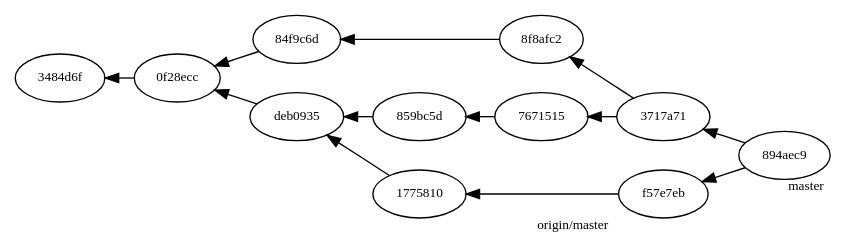
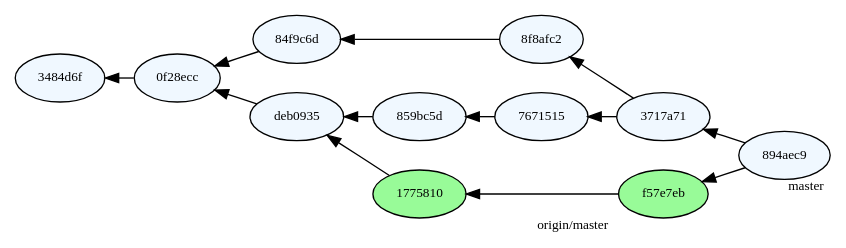
The diagram in lektioner/11-programmering-i-team/fig/remote-merge.dot (jonaskeisu/newton-sysg-op1), drawn with Graphviz before and after one commit. The commit also changed 14 other files, not shown here.

```diff
--- a/lektioner/11-programmering-i-team/fig/remote-merge.dot
+++ b/lektioner/11-programmering-i-team/fig/remote-merge.dot
@@ -1,24 +1,24 @@
 digraph branch 
 {
   rankdir=LR
   ranksep=0.3
   nodesep=0.3
-  node [fontsize=10]
+  node [fontsize=10, style=filled]
   edge [dir = "back"]
-  c2 [label = "3484d6f"]
-  c3 [label = "0f28ecc"]
-  c4 [label = "84f9c6d"]
-  c5 [label = "8f8afc2"]
-  c6 [label = "deb0935"]
-  c7 [label = "859bc5d"]
-  c8 [label = "7671515"]
-  c9 [label = "3717a71"]
-  c10 [label = "1775810"]
-  c11 [label = "f57e7eb", xlabel="origin/master"]
-  c12 [label = "894aec9", xlabel="master"]
+  c2 [label = "3484d6f", fillcolor=aliceblue]
+  c3 [label = "0f28ecc", fillcolor=aliceblue]
+  c4 [label = "84f9c6d", fillcolor=aliceblue]
+  c5 [label = "8f8afc2", fillcolor=aliceblue]
+  c6 [label = "deb0935", fillcolor=aliceblue]
+  c7 [label = "859bc5d", fillcolor=aliceblue]
+  c8 [label = "7671515", fillcolor=aliceblue]
+  c9 [label = "3717a71", fillcolor=aliceblue]
+  c10 [label = "1775810", fillcolor=palegreen]
+  c11 [label = "f57e7eb", xlabel="origin/master", fillcolor=palegreen]
+  c12 [label = "894aec9", xlabel="master", fillcolor=aliceblue]
 
 
   c2 -> c3 -> c4 -> c5 -> c9 -> c12
   c3 -> c6 -> c7  -> c8 -> c9
   c6 -> c10 -> c11 -> c12
 }
```
